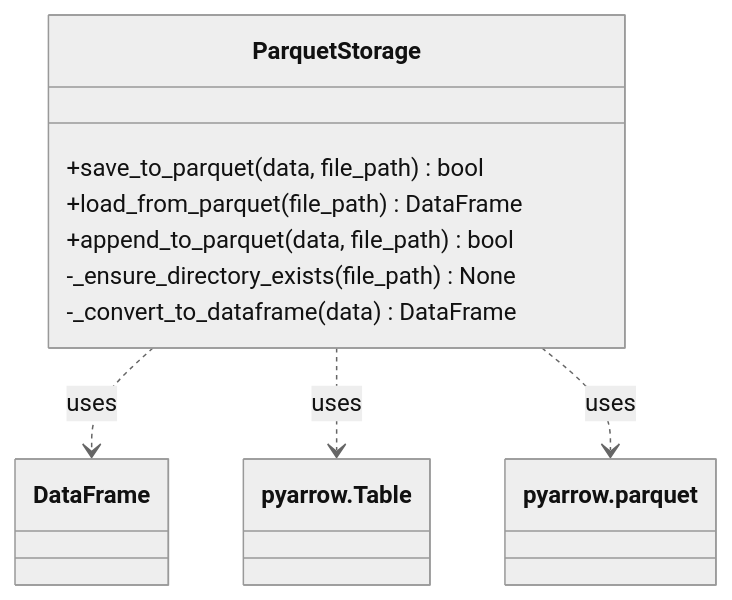
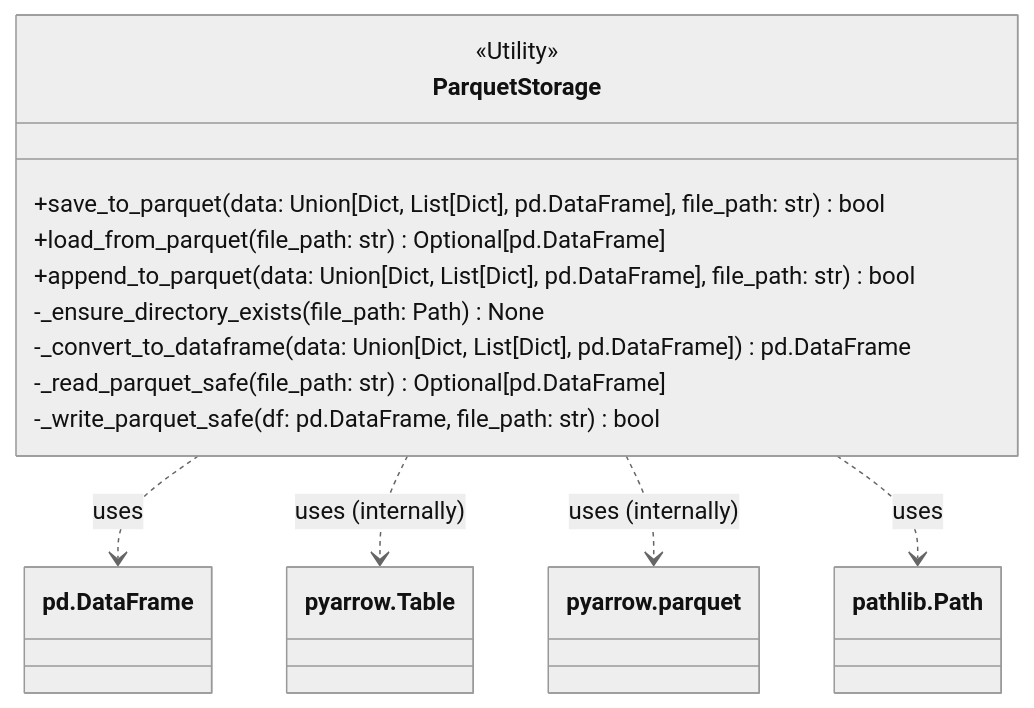
Before and after one commit to Ollama-Agent-Roll-Cage/oarc-crawlers: the first of 25 diagrams in docs/Crawlers.md, drawn with Mermaid (neutral theme). The commit also changed other lines of this file and 9 other files, not shown here.

````diff
--- a/docs/Crawlers.md
+++ b/docs/Crawlers.md
@@ -48,14 +51,18 @@
 ```mermaid
 classDiagram
     class ParquetStorage {
-        +save_to_parquet(data, file_path) bool
-        +load_from_parquet(file_path) DataFrame
-        +append_to_parquet(data, file_path) bool
-        -_ensure_directory_exists(file_path) None
-        -_convert_to_dataframe(data) DataFrame
+        <<Utility>>
+        +save_to_parquet(data: Union[Dict, List[Dict], pd.DataFrame], file_path: str) bool
+        +load_from_parquet(file_path: str) Optional[pd.DataFrame]
+        +append_to_parquet(data: Union[Dict, List[Dict], pd.DataFrame], file_path: str) bool
+        -_ensure_directory_exists(file_path: Path) None
+        -_convert_to_dataframe(data: Union[Dict, List[Dict], pd.DataFrame]) pd.DataFrame
+        -_read_parquet_safe(file_path: str) Optional[pd.DataFrame]
+        -_write_parquet_safe(df: pd.DataFrame, file_path: str) bool
     }
-    
-    ParquetStorage ..> DataFrame : uses
-    ParquetStorage ..> pyarrow.Table : uses
-    ParquetStorage ..> pyarrow.parquet : uses
+
+    ParquetStorage ..> pd.DataFrame : uses
+    ParquetStorage ..> pyarrow.Table : uses (internally)
+    ParquetStorage ..> pyarrow.parquet : uses (internally)
+    ParquetStorage ..> pathlib.Path : uses
 ```
````
